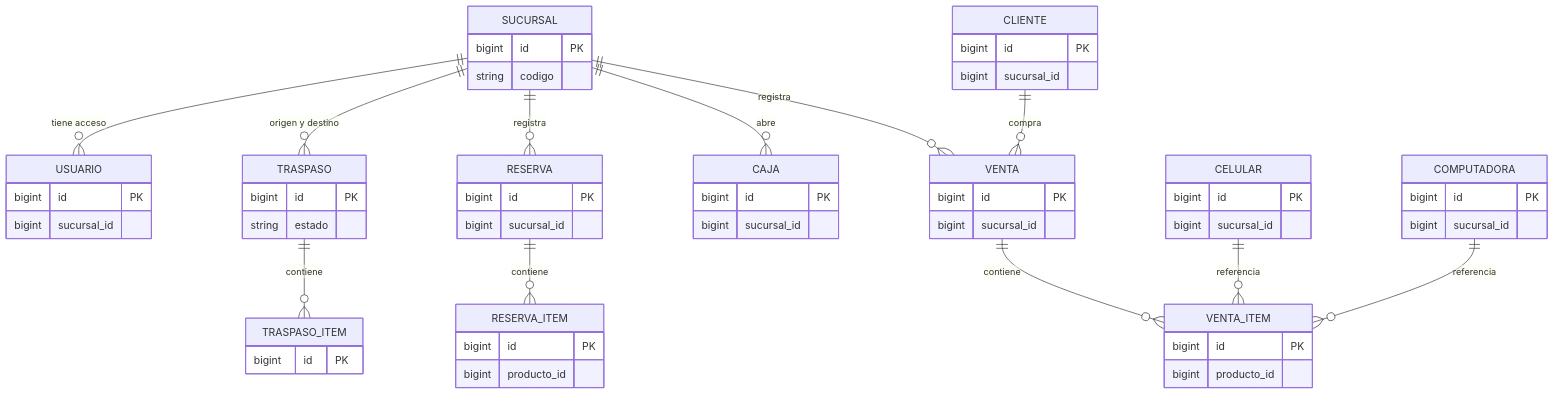
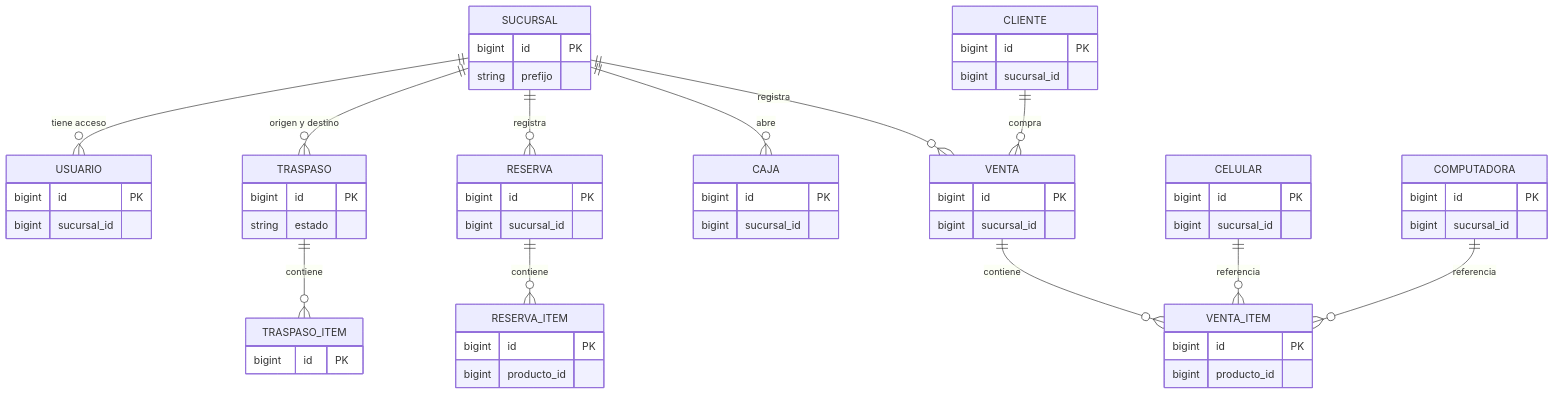
The fourth of 4 diagrams in README.md (santiagoAbasto/Sistema-Backphone), drawn with Mermaid before and after one commit. The commit also changed other lines of this file, not shown here.

````diff
--- a/README.md
+++ b/README.md
@@ -140,27 +140,27 @@
 ```mermaid
 erDiagram
     SUCURSAL ||--o{ USUARIO : "tiene acceso"
     SUCURSAL ||--o{ VENTA : "registra"
     SUCURSAL ||--o{ RESERVA : "registra"
     SUCURSAL ||--o{ CAJA : "abre"
     VENTA ||--o{ VENTA_ITEM : contiene
     RESERVA ||--o{ RESERVA_ITEM : contiene
     TRASPASO ||--o{ TRASPASO_ITEM : contiene
     SUCURSAL ||--o{ TRASPASO : "origen y destino"
     CLIENTE ||--o{ VENTA : compra
     CELULAR ||--o{ VENTA_ITEM : "referencia"
     COMPUTADORA ||--o{ VENTA_ITEM : "referencia"
 
-    SUCURSAL { bigint id PK string codigo }
+    SUCURSAL { bigint id PK string prefijo }
     USUARIO { bigint id PK bigint sucursal_id }
     VENTA { bigint id PK bigint sucursal_id }
     VENTA_ITEM { bigint id PK bigint producto_id }
     RESERVA { bigint id PK bigint sucursal_id }
     RESERVA_ITEM { bigint id PK bigint producto_id }
     TRASPASO { bigint id PK string estado }
     TRASPASO_ITEM { bigint id PK }
     CAJA { bigint id PK bigint sucursal_id }
     CLIENTE { bigint id PK bigint sucursal_id }
     CELULAR { bigint id PK bigint sucursal_id }
     COMPUTADORA { bigint id PK bigint sucursal_id }
 ```
````
